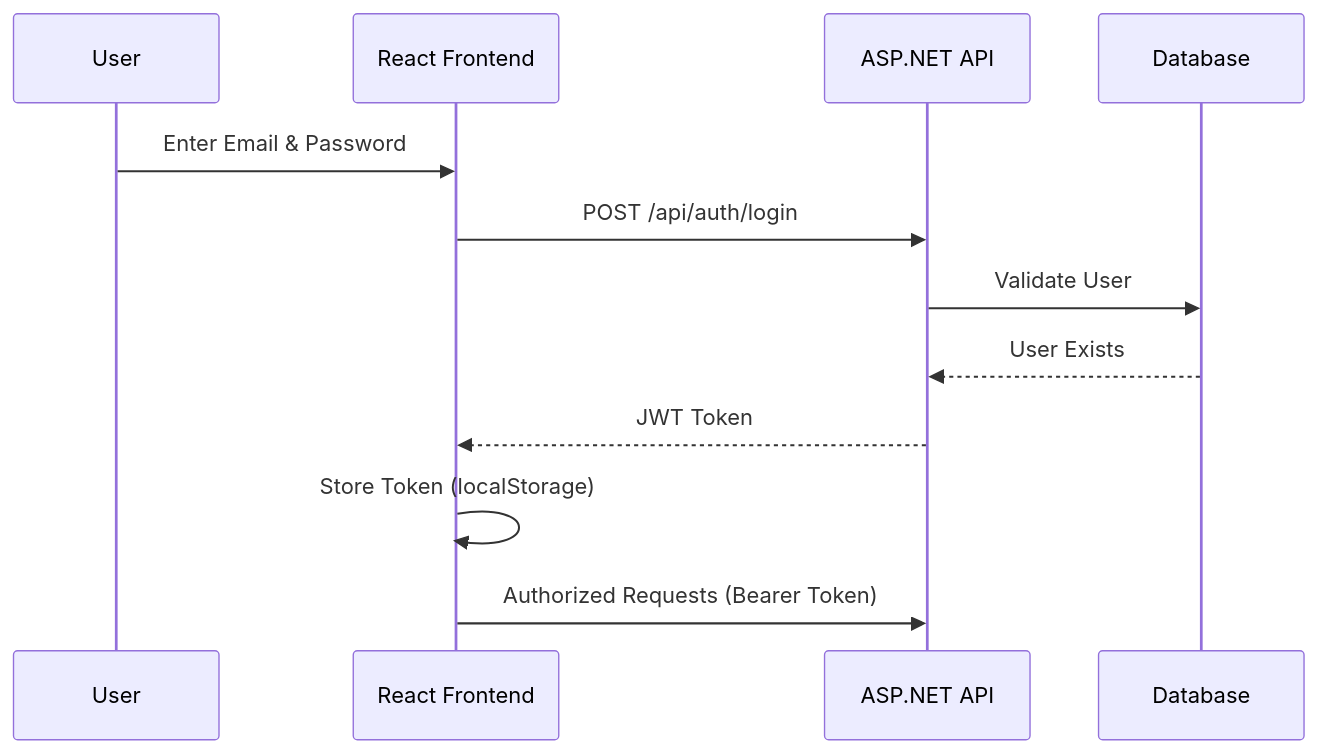
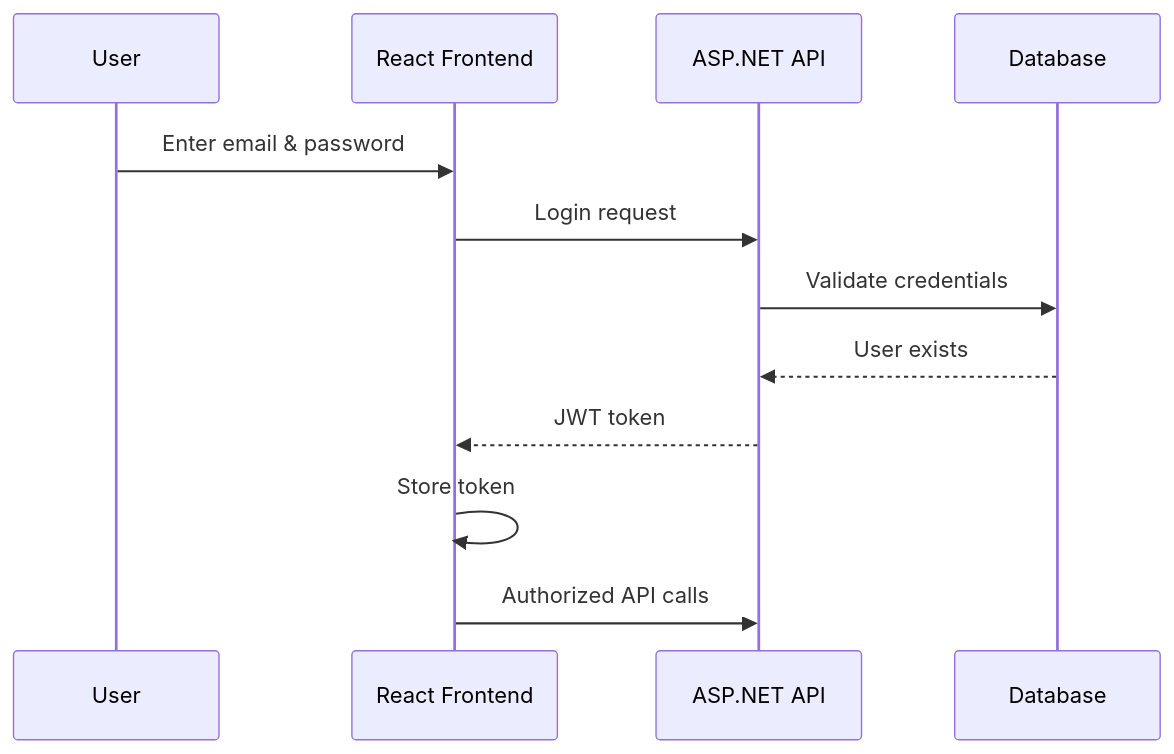
One commit to regvedpande/EmployeeManager changed the second of 4 diagrams in README.md. Above: the diagram before and after it, drawn with Mermaid. The commit also changed other lines of this file and 4 other files, not shown here.

````diff
--- a/README.md
+++ b/README.md
@@ -55,15 +80,15 @@
 ```mermaid
 sequenceDiagram
     participant U as User
     participant F as React Frontend
     participant B as ASP.NET API
     participant D as Database
 
-    U->>F: Enter Email & Password
-    F->>B: POST /api/auth/login
-    B->>D: Validate User
-    D-->>B: User Exists
-    B-->>F: JWT Token
-    F->>F: Store Token (localStorage)
-    F->>B: Authorized Requests (Bearer Token)
+    U->>F: Enter email & password
+    F->>B: Login request
+    B->>D: Validate credentials
+    D-->>B: User exists
+    B-->>F: JWT token
+    F->>F: Store token
+    F->>B: Authorized API calls
 ```
````
